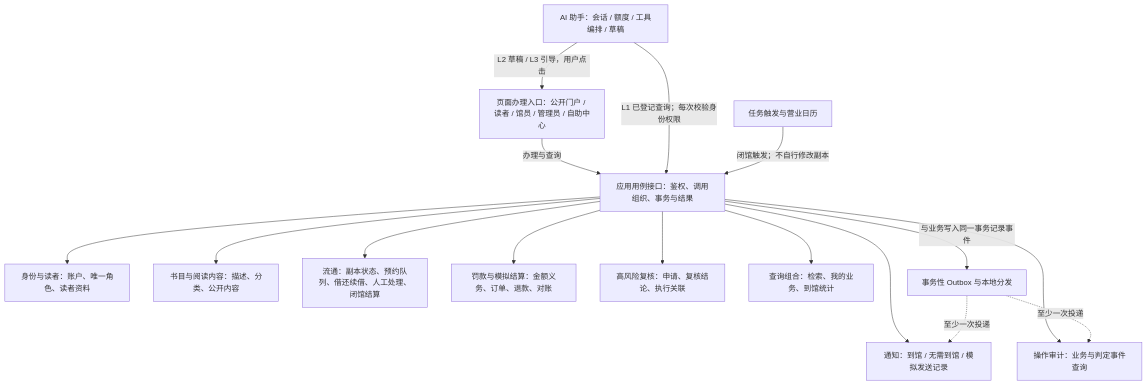
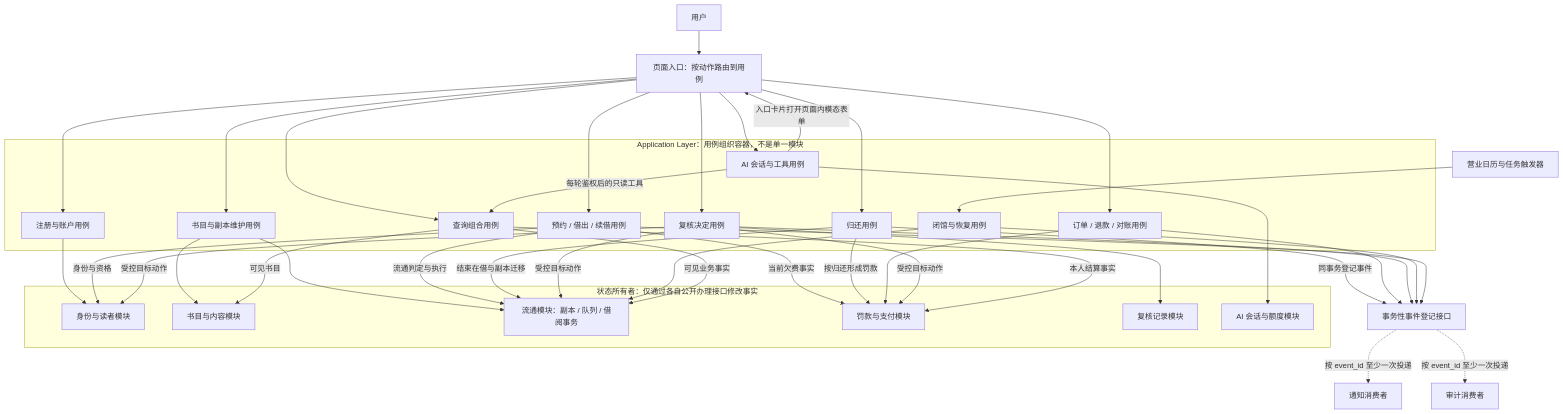
Before and after one commit to whitecait/MyLibrarySystem: the first of 13 diagrams in docs/02-overall-design/MLS-DOC-OD-0002.md, drawn with Mermaid. The commit also changed other lines of this file and 45 other files, not shown here.

````diff
--- a/docs/02-overall-design/MLS-DOC-OD-0002.md
+++ b/docs/02-overall-design/MLS-DOC-OD-0002.md
@@ -32,31 +31,63 @@
 ```mermaid
 flowchart TB
-    UI["页面办理入口：公开门户 / 读者 / 馆员 / 管理员 / 自助中心"]
-    AI["AI 助手：会话 / 额度 / 工具编排 / 草稿"]
-    ENTRY["应用用例接口：鉴权、调用组织、事务与结果"]
-    ID["身份与读者：账户、唯一角色、读者资料"]
-    CAT["书目与阅读内容：描述、分类、公开内容"]
-    CIRC["流通：副本状态、预约队列、借还续借、人工处理、闭馆结算"]
-    MONEY["罚款与模拟结算：金额义务、订单、退款、对账"]
-    REVIEW["高风险复核：申请、复核结论、执行关联"]
-    READ["查询组合：检索、我的业务、到馆统计"]
-    CLOCK["任务触发与营业日历"]
-    OUT["事务性 Outbox 与本地分发"]
-    NOTICE["通知：到馆 / 无需到馆 / 模拟发送记录"]
-    AUDIT["操作审计：业务与判定事件查询"]
-    UI -->|"办理与查询"| ENTRY
-    AI -->|"L1 已登记查询；每次校验身份权限"| ENTRY
-    AI -->|"L2 草稿 / L3 引导，用户点击"| UI
-    CLOCK -->|"闭馆触发；不自行修改副本"| ENTRY
-    ENTRY --> ID
-    ENTRY --> CAT
-    ENTRY --> CIRC
-    ENTRY --> MONEY
-    ENTRY --> REVIEW
-    ENTRY --> READ
-    ENTRY --> NOTICE
-    ENTRY --> AUDIT
-    ENTRY -->|"与业务写入同一事务记录事件"| OUT
-    OUT -.->|"至少一次投递"| NOTICE
-    OUT -.->|"至少一次投递"| AUDIT
+    USER["用户"] --> UI["页面入口：按动作路由到用例"]
+    TIMER["营业日历与任务触发器"]
+    subgraph APP["Application Layer：用例组织容器，不是单一模块"]
+        REG["注册与账户用例"]
+        MAINT["书目与副本维护用例"]
+        LOAN["预约 / 借出 / 续借用例"]
+        RETURN["归还用例"]
+        PAY["订单 / 退款 / 对账用例"]
+        REV["复核决定用例"]
+        CLOSE["闭馆与恢复用例"]
+        QUERY["查询组合用例"]
+        AIUSE["AI 会话与工具用例"]
+    end
+    subgraph OWNERS["状态所有者：仅通过各自公开办理接口修改事实"]
+        ID["身份与读者模块"]
+        CAT["书目与内容模块"]
+        CIRC["流通模块：副本 / 队列 / 借阅事务"]
+        MONEY["罚款与支付模块"]
+        REVIEW["复核记录模块"]
+        AISTATE["AI 会话与额度模块"]
+    end
+    OUT["事务性事件登记接口"]
+    NOTICE["通知消费者"]
+    AUDIT["审计消费者"]
+    UI --> MAINT
+    MAINT --> CAT
+    MAINT --> CIRC
+    UI --> REG
+    UI --> LOAN
+    UI --> RETURN
+    UI --> PAY
+    UI --> REV
+    UI --> QUERY
+    UI --> AIUSE
+    TIMER --> CLOSE
+    REG --> ID
+    LOAN -->|"身份与资格"| ID
+    LOAN -->|"当前欠费事实"| MONEY
+    LOAN -->|"流通判定与执行"| CIRC
+    RETURN -->|"结束在借与副本迁移"| CIRC
+    RETURN -->|"按归还形成罚款"| MONEY
+    RETURN -->|"同事务登记事件"| OUT
+    PAY --> MONEY
+    PAY --> OUT
+    REV --> REVIEW
+    REV -->|"受控目标动作"| CIRC
+    REV -->|"受控目标动作"| MONEY
+    REV -->|"受控目标动作"| ID
+    REV --> OUT
+    CLOSE --> CIRC
+    CLOSE --> OUT
+    LOAN --> OUT
+    QUERY -->|"可见书目"| CAT
+    QUERY -->|"可见业务事实"| CIRC
+    QUERY -->|"本人结算事实"| MONEY
+    AIUSE --> AISTATE
+    AIUSE -->|"每轮鉴权后的只读工具"| QUERY
+    AIUSE -->|"入口卡片打开页面内模态表单"| UI
+    OUT -.->|"按 event_id 至少一次投递"| NOTICE
+    OUT -.->|"按 event_id 至少一次投递"| AUDIT
 ```
````
